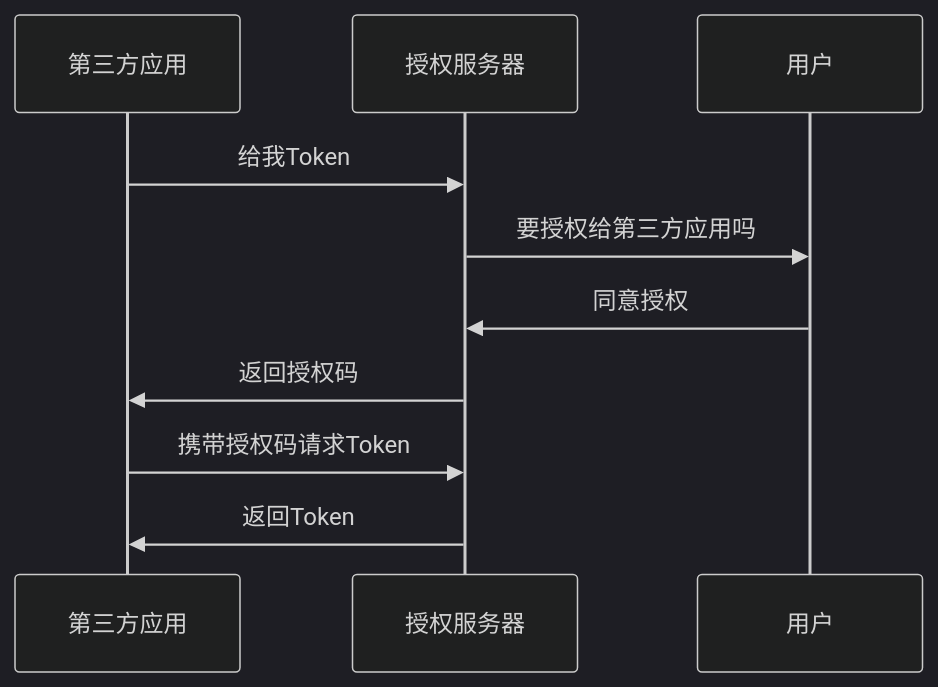
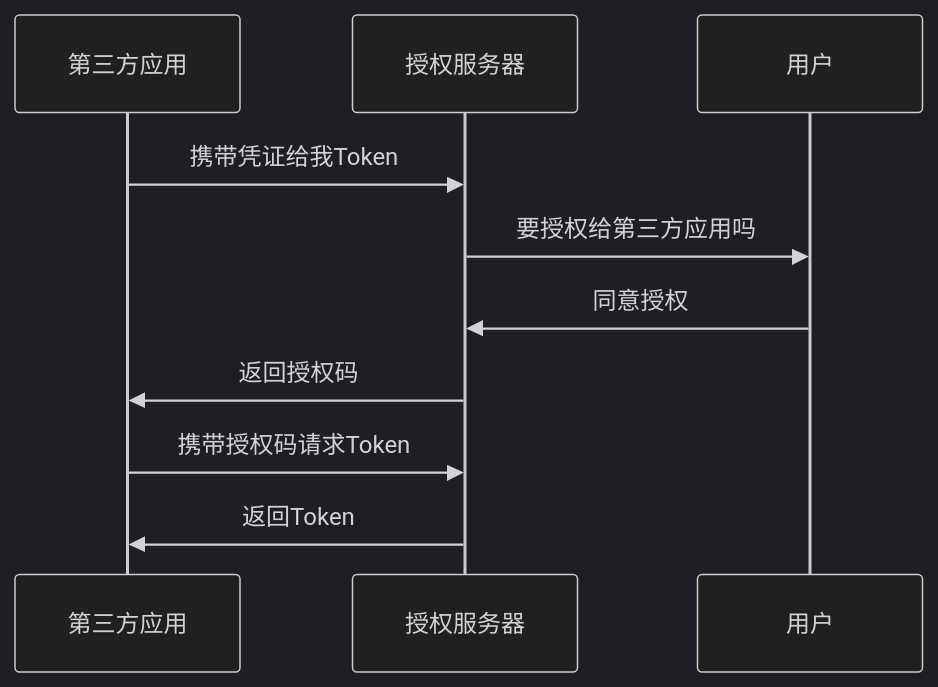
Before and after one commit to poppop9/obsidian: the fourth of 4 diagrams in 计算机/JavaWeb/后端/Spring Security/4-1 OAuth 2.md, drawn with Mermaid (dark theme). The commit also changed other lines of this file and 2 other files, not shown here.

````diff
--- a/计算机/JavaWeb/后端/Spring Security/4-1 OAuth 2.md
+++ b/计算机/JavaWeb/后端/Spring Security/4-1 OAuth 2.md
@@ -87,13 +85,13 @@
 ```mermaid
 sequenceDiagram
 	participant D as 第三方应用
 	participant S as 授权服务器
 	participant Y as 用户
 
-	D->>S: 给我Token
+	D->>S: 携带凭证给我Token
 	S->>Y: 要授权给第三方应用吗
 	Y->>S: 同意授权
 	S->>D: 返回授权码
 	D->>S: 携带授权码请求Token
 	S->>D: 返回Token
 ```
````
